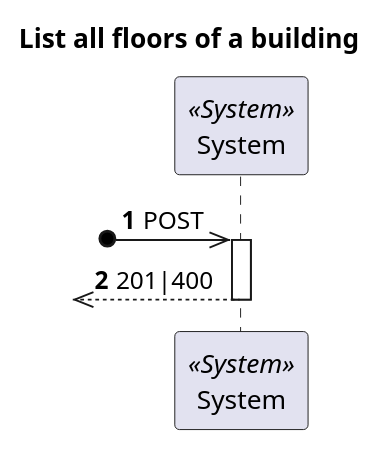
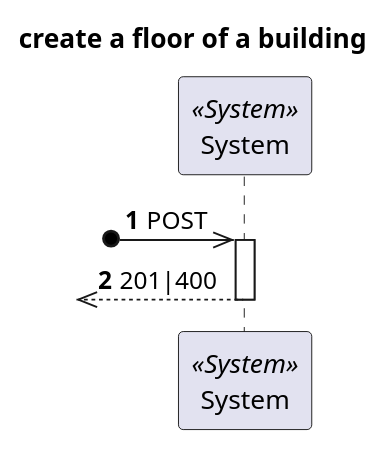
One commit to 1210910/lapr5 changed the diagram in docs/Vista Processo/US190/ProcessView_Level1_US190.puml. Above: the diagram before and after it, drawn with PlantUML. The commit also changed 66 other files, not shown here.

```diff
--- a/docs/Vista Processo/US190/ProcessView_Level1_US190.puml
+++ b/docs/Vista Processo/US190/ProcessView_Level1_US190.puml
@@ -1,18 +1,18 @@
 @startuml
 'https://plantuml.com/sequence-diagram
 
 autonumber
 skinparam packageStyle rect
 
-title List all floors of a building
+title create a floor of a building
 
 participant "System" as Sys <<System>>
 
 ?o->> Sys : POST
 
 activate Sys
 ?o<<-- Sys : 201|400
 deactivate Sys
 
 
 @enduml
```
